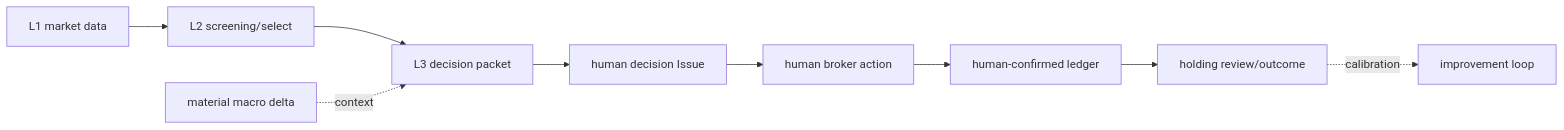
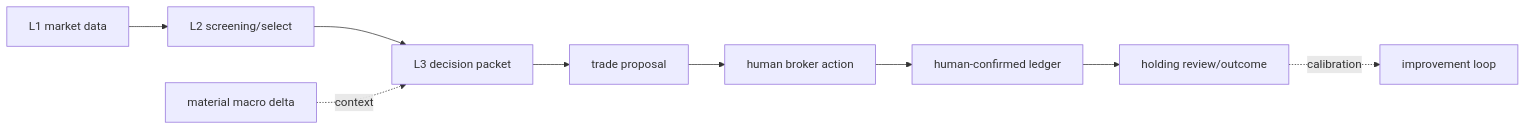
Before and after one commit to koumatsumoto/baibai-loop: the diagram in docs/workflow/README.md, drawn with Mermaid. The commit also changed other lines of this file and 3 other files, not shown here.

````diff
--- a/docs/workflow/README.md
+++ b/docs/workflow/README.md
@@ -13,11 +13,11 @@
 ```mermaid
 flowchart LR
   market[L1 market data] --> screening[L2 screening/select]
   screening --> research[L3 decision packet]
   macro[material macro delta] -. context .-> research
-  research --> proposal[human decision Issue]
+  research --> proposal[trade proposal]
   proposal --> human[human broker action]
   human --> ledger[human-confirmed ledger]
   ledger --> holding[holding review/outcome]
   holding -. calibration .-> improve[improvement loop]
 ```
````
